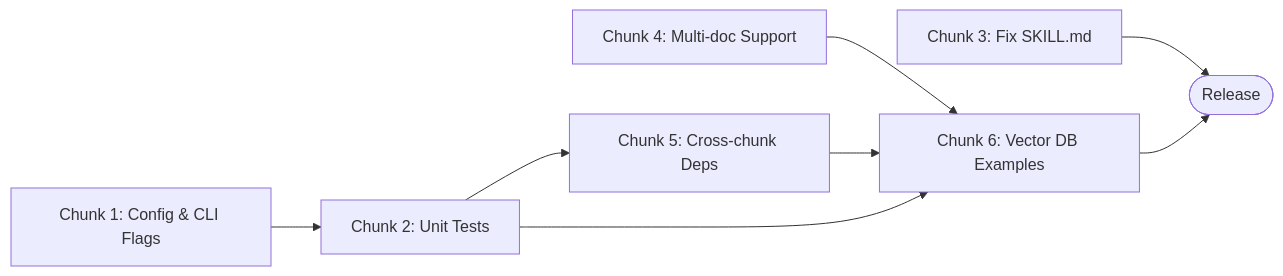
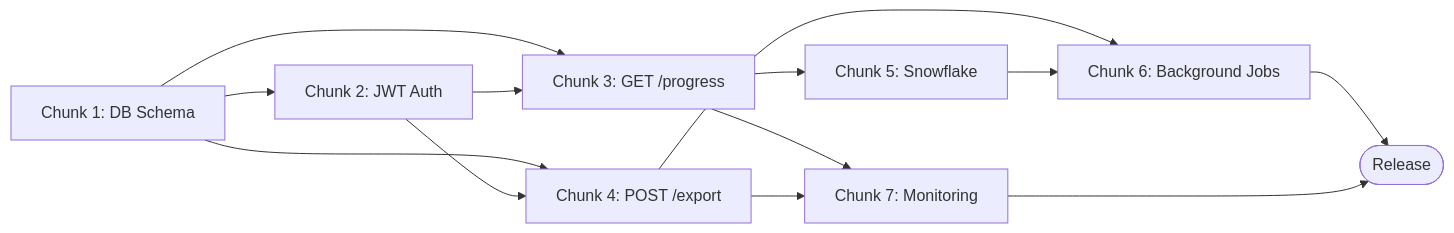
Before and after one commit to rgopalrao-sonata-png/documents: the second of 2 diagrams in Agentic/impl-plan.md, drawn with Mermaid. The commit also changed other lines of this file, not shown here.

````diff
--- a/Agentic/impl-plan.md
+++ b/Agentic/impl-plan.md
@@ -379,12 +453,15 @@
 ```mermaid
 graph LR
-    C1[Chunk 1: Config & CLI Flags] --> C2[Chunk 2: Unit Tests]
-    C3[Chunk 3: Fix SKILL.md]
-    C4[Chunk 4: Multi-doc Support]
-    C2 --> C5[Chunk 5: Cross-chunk Deps]
-    C4 --> C6[Chunk 6: Vector DB Examples]
+    C1[Chunk 1: DB Schema] --> C2[Chunk 2: JWT Auth]
+    C1 --> C3[Chunk 3: GET /progress]
+    C1 --> C4[Chunk 4: POST /export]
+    C2 --> C3
+    C2 --> C4
+    C3 --> C5[Chunk 5: Snowflake]
+    C4 --> C6[Chunk 6: Background Jobs]
     C5 --> C6
-    C2 --> C6
-    C3 --> RELEASE([Release])
-    C6 --> RELEASE
+    C3 --> C7[Chunk 7: Monitoring]
+    C4 --> C7
+    C6 --> RELEASE([Release])
+    C7 --> RELEASE
 ```
````
